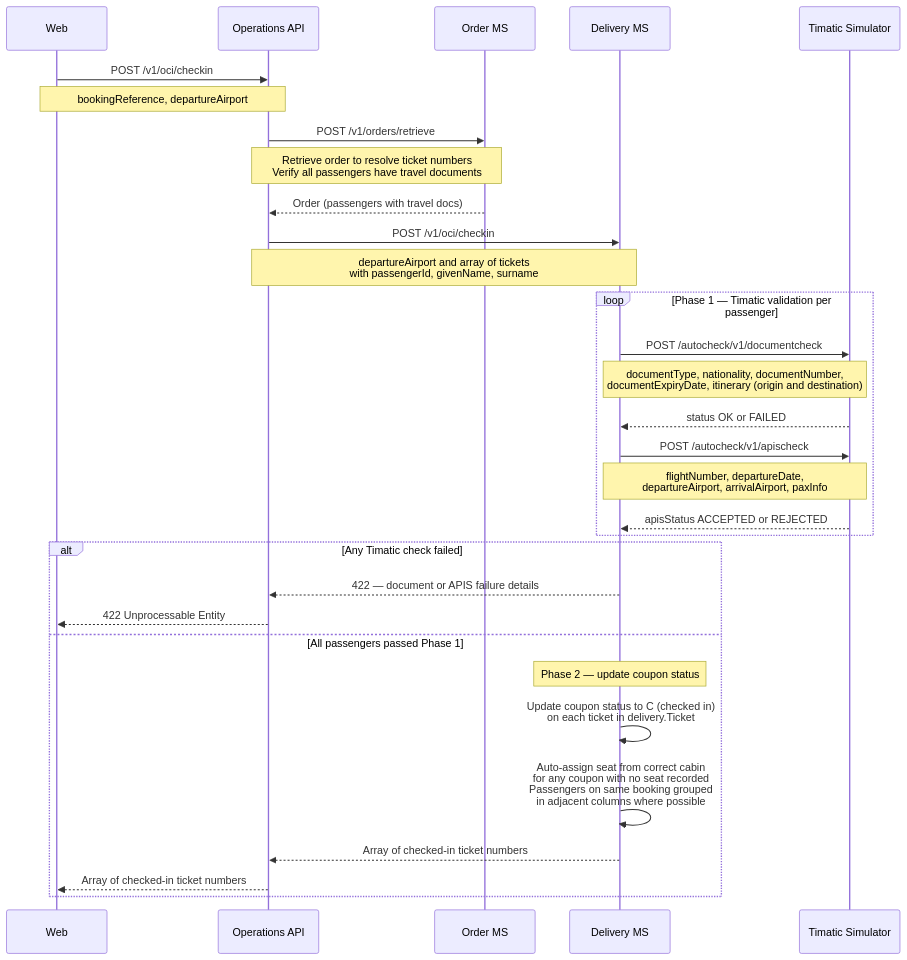
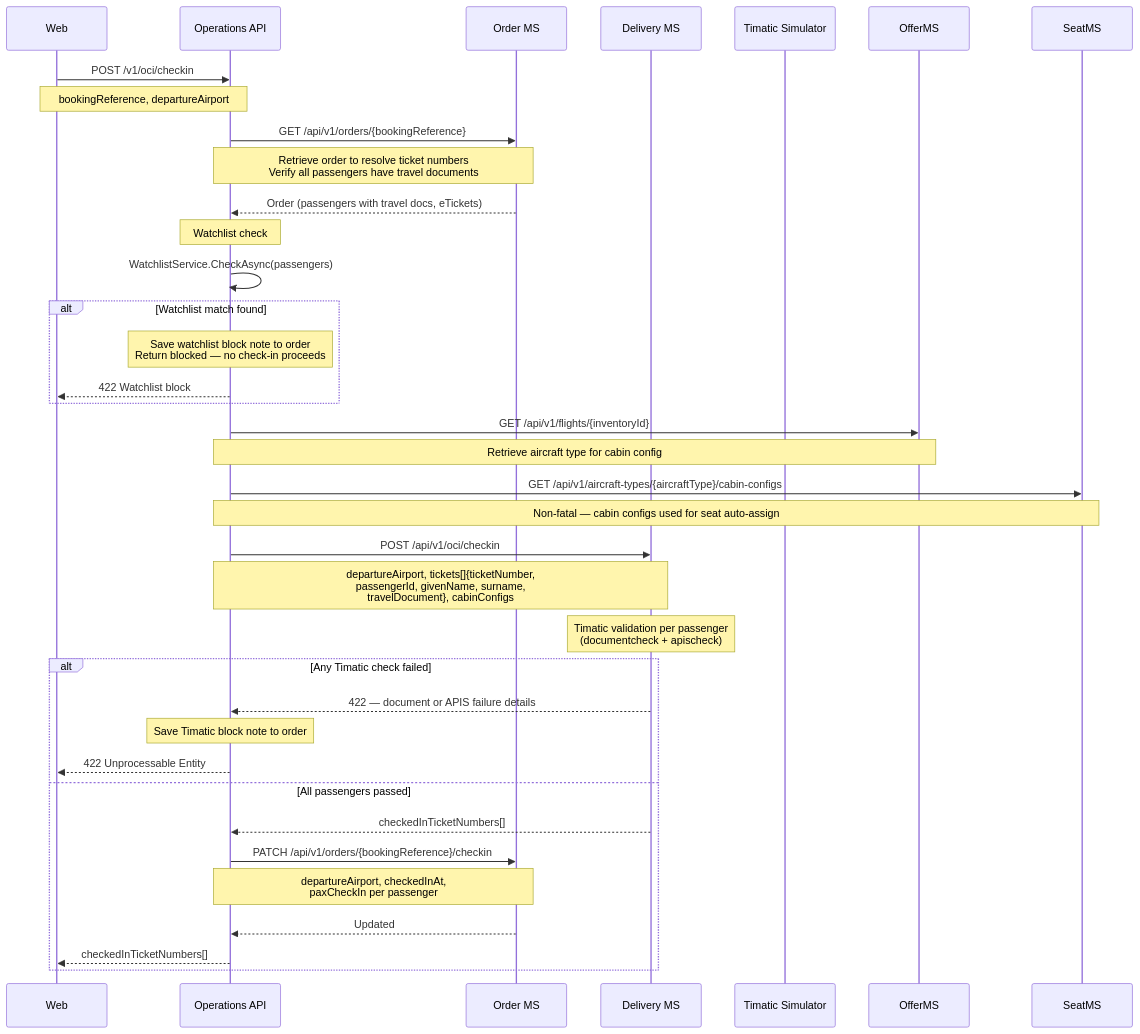
Before and after one commit to sebharvey/airline-reservation-system: the fifth of 7 diagrams in documentation/sequences/check-in.md, drawn with Mermaid. The commit also changed other lines of this file and 11 other files, not shown here.

````diff
--- a/documentation/sequences/check-in.md
+++ b/documentation/sequences/check-in.md
@@ -150,39 +128,48 @@
 ```mermaid
 sequenceDiagram
     participant Web
     participant OpsAPI as Operations API
     participant OrderMS as Order MS
     participant DeliveryMS as Delivery MS
     participant Timatic as Timatic Simulator
 
     Web->>OpsAPI: POST /v1/oci/checkin
     Note over Web,OpsAPI: bookingReference, departureAirport
 
-    OpsAPI->>OrderMS: POST /v1/orders/retrieve
+    OpsAPI->>OrderMS: GET /api/v1/orders/{bookingReference}
     Note over OpsAPI,OrderMS: Retrieve order to resolve ticket numbers<br/>Verify all passengers have travel documents
-    OrderMS-->>OpsAPI: Order (passengers with travel docs)
+    OrderMS-->>OpsAPI: Order (passengers with travel docs, eTickets)
 
-    OpsAPI->>DeliveryMS: POST /v1/oci/checkin
-    Note over OpsAPI,DeliveryMS: departureAirport and array of tickets<br/>with passengerId, givenName, surname
+    Note over OpsAPI: Watchlist check
+    OpsAPI->>OpsAPI: WatchlistService.CheckAsync(passengers)
 
-    loop Phase 1 — Timatic validation per passenger
-        DeliveryMS->>Timatic: POST /autocheck/v1/documentcheck
-        Note over DeliveryMS,Timatic: documentType, nationality, documentNumber,<br/>documentExpiryDate, itinerary (origin and destination)
-        Timatic-->>DeliveryMS: status OK or FAILED
+    alt Watchlist match found
+        Note over OpsAPI: Save watchlist block note to order<br/>Return blocked — no check-in proceeds
+        OpsAPI-->>Web: 422 Watchlist block
+    end
 
-        DeliveryMS->>Timatic: POST /autocheck/v1/apischeck
-        Note over DeliveryMS,Timatic: flightNumber, departureDate,<br/>departureAirport, arrivalAirport, paxInfo
-        Timatic-->>DeliveryMS: apisStatus ACCEPTED or REJECTED
-    end
+    OpsAPI->>OfferMS: GET /api/v1/flights/{inventoryId}
+    Note over OpsAPI,OfferMS: Retrieve aircraft type for cabin config
+
+    OpsAPI->>SeatMS: GET /api/v1/aircraft-types/{aircraftType}/cabin-configs
+    Note over OpsAPI,SeatMS: Non-fatal — cabin configs used for seat auto-assign
+
+    OpsAPI->>DeliveryMS: POST /api/v1/oci/checkin
+    Note over OpsAPI,DeliveryMS: departureAirport, tickets[]{ticketNumber,<br/>passengerId, givenName, surname,<br/>travelDocument}, cabinConfigs
+
+    Note over DeliveryMS: Timatic validation per passenger<br/>(documentcheck + apischeck)
 
     alt Any Timatic check failed
         DeliveryMS-->>OpsAPI: 422 — document or APIS failure details
+        Note over OpsAPI: Save Timatic block note to order
         OpsAPI-->>Web: 422 Unprocessable Entity
-    else All passengers passed Phase 1
-        Note over DeliveryMS: Phase 2 — update coupon status
-        DeliveryMS->>DeliveryMS: Update coupon status to C (checked in)<br/>on each ticket in delivery.Ticket
-        DeliveryMS->>DeliveryMS: Auto-assign seat from correct cabin<br/>for any coupon with no seat recorded<br/>Passengers on same booking grouped<br/>in adjacent columns where possible
-        DeliveryMS-->>OpsAPI: Array of checked-in ticket numbers
-        OpsAPI-->>Web: Array of checked-in ticket numbers
+    else All passengers passed
+        DeliveryMS-->>OpsAPI: checkedInTicketNumbers[]
+
+        OpsAPI->>OrderMS: PATCH /api/v1/orders/{bookingReference}/checkin
+        Note over OpsAPI,OrderMS: departureAirport, checkedInAt,<br/>paxCheckIn per passenger
+        OrderMS-->>OpsAPI: Updated
+
+        OpsAPI-->>Web: checkedInTicketNumbers[]
     end
 ```
````
